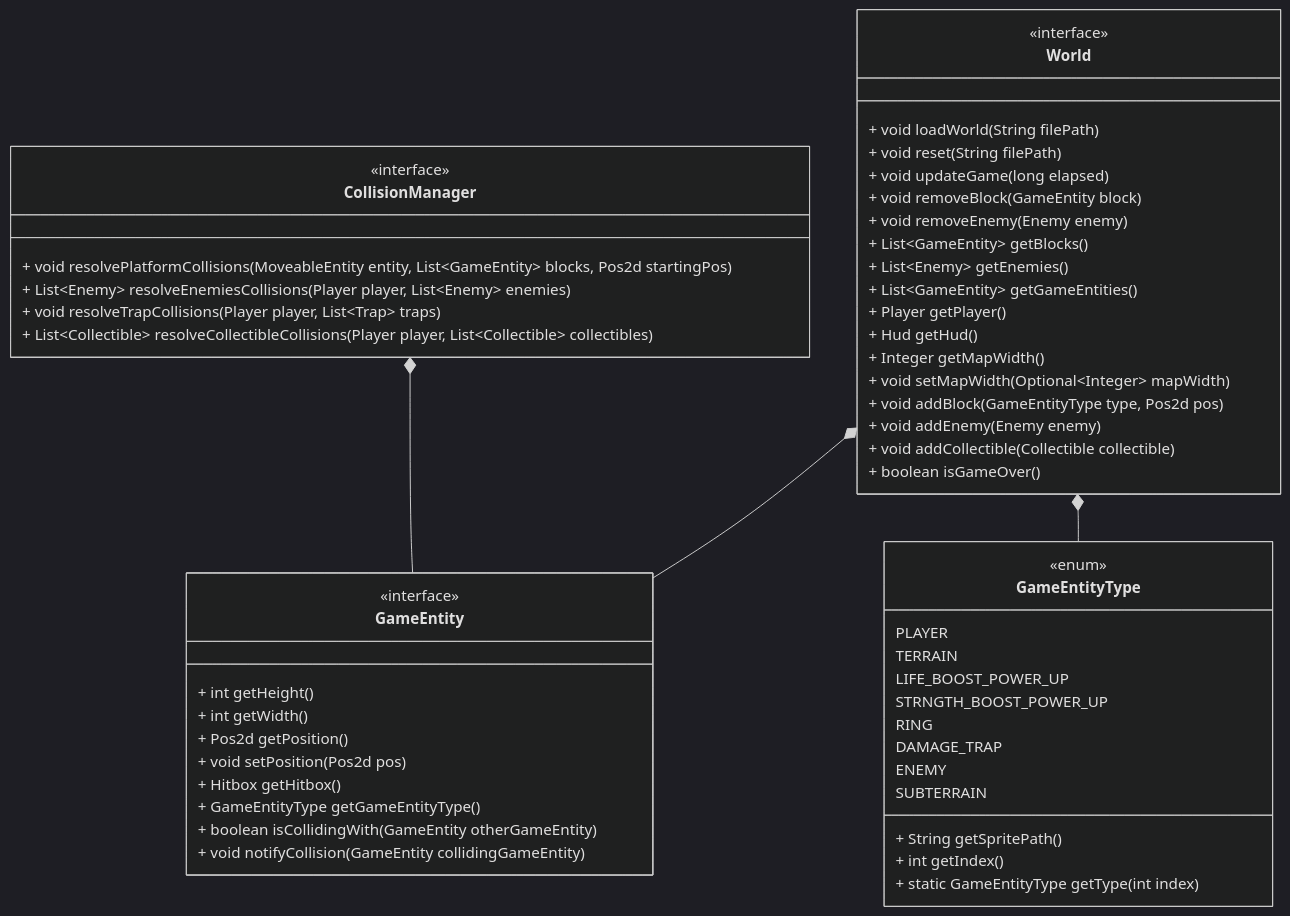
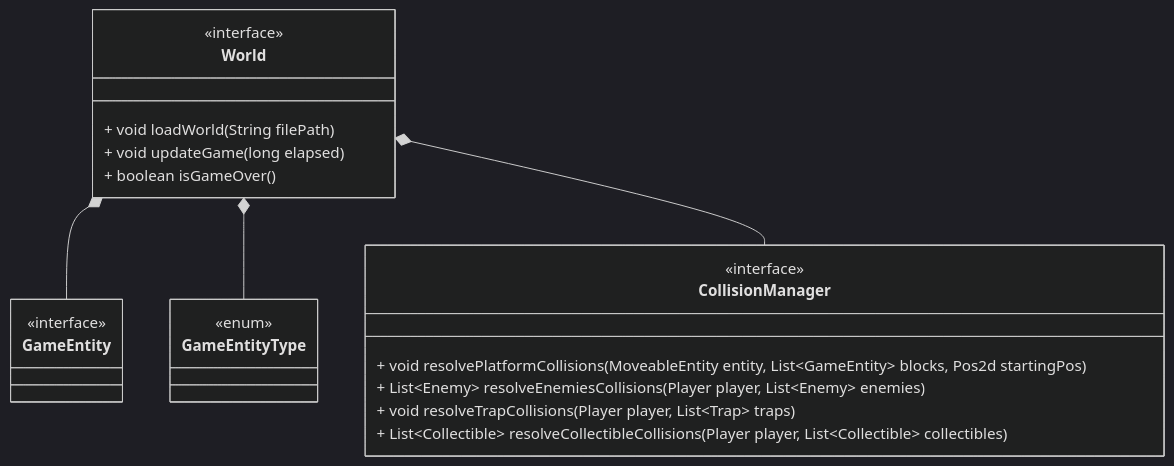
One commit to unibo-oop-projects/OOP23-FilippoMassariFilippoMassari6studio-MatteoBagnolini-FilippoMassari-SaadElMaliki-Matteo-SUPSON changed the seventh of 8 diagrams in report.md. Above: the diagram before and after it, drawn with Mermaid (dark theme). The commit also changed other lines of this file, not shown here.

````diff
--- a/report.md
+++ b/report.md
@@ -326,62 +307,29 @@
 ```mermaid
 classDiagram
     class World {
         <<interface>>
         + void loadWorld(String filePath)
-        + void reset(String filePath)
         + void updateGame(long elapsed)
-        + void removeBlock(GameEntity block)
-        + void removeEnemy(Enemy enemy)
-        + List~GameEntity~ getBlocks()
-        + List~Enemy~ getEnemies()
-        + List~GameEntity~ getGameEntities()
-        + Player getPlayer()
-        + Hud getHud()
-        + Integer getMapWidth()
-        + void setMapWidth(Optional~Integer~ mapWidth)
-        + void addBlock(GameEntityType type, Pos2d pos)
-        + void addEnemy(Enemy enemy)
-        + void addCollectible(Collectible collectible)
         + boolean isGameOver()
     }
 
     class GameEntity {
         <<interface>>
-        + int getHeight()
-        + int getWidth()
-        + Pos2d getPosition()
-        + void setPosition(Pos2d pos)
-        + Hitbox getHitbox()
-        + GameEntityType getGameEntityType()
-        + boolean isCollidingWith(GameEntity otherGameEntity)
-        + void notifyCollision(GameEntity collidingGameEntity)
     }
 
     class CollisionManager {
         <<interface>>
         + void resolvePlatformCollisions(MoveableEntity entity, List~GameEntity~ blocks, Pos2d startingPos)
         + List~Enemy~ resolveEnemiesCollisions(Player player, List~Enemy~ enemies)
         + void resolveTrapCollisions(Player player, List~Trap~ traps)
         + List~Collectible~ resolveCollectibleCollisions(Player player, List~Collectible~ collectibles)
     }
 
     class GameEntityType {
         <<enum>>
-        PLAYER
-        TERRAIN
-        LIFE_BOOST_POWER_UP
-        STRNGTH_BOOST_POWER_UP
-        RING
-        DAMAGE_TRAP
-        ENEMY
-        SUBTERRAIN
-        + String getSpritePath()
-        + int getIndex()
-        + static GameEntityType getType(int index)
     }
 
     World *-- GameEntity
     World *-- GameEntityType
-
-    CollisionManager *-- GameEntity
+    World *-- CollisionManager
 ```
````
